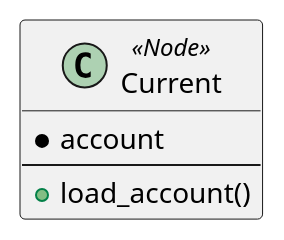
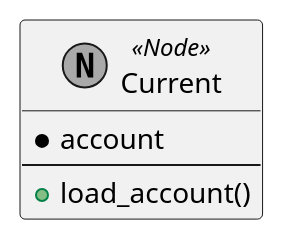
The diagram in content/scenes/autoloads/current/current.tscn.adoc (tkmfujise/Platformer-Game-Learning), drawn with PlantUML before and after one commit. The commit also changed 69 other files, not shown here.

Commit message:
Change scene diagram class color

```diff
--- a/content/scenes/autoloads/current/current.tscn.adoc
+++ b/content/scenes/autoloads/current/current.tscn.adoc
@@ -9,10 +9,10 @@
 [plantuml]
 ....
-class ROOT as "Current" <<Node>> {
+class ROOT as "Current" <<(N,darkgray) Node>> {
   * account
 ---
   + load_account()
 }
 left to right direction
 
 ....
```
